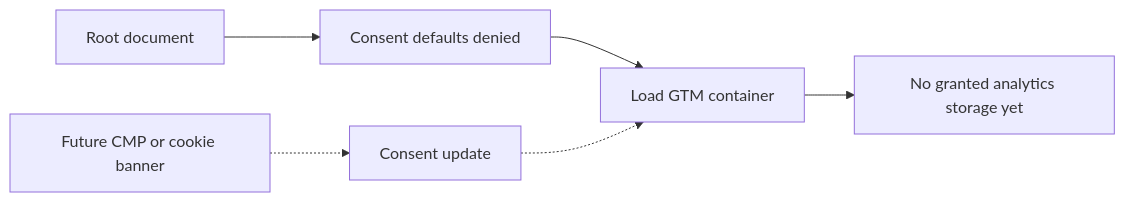
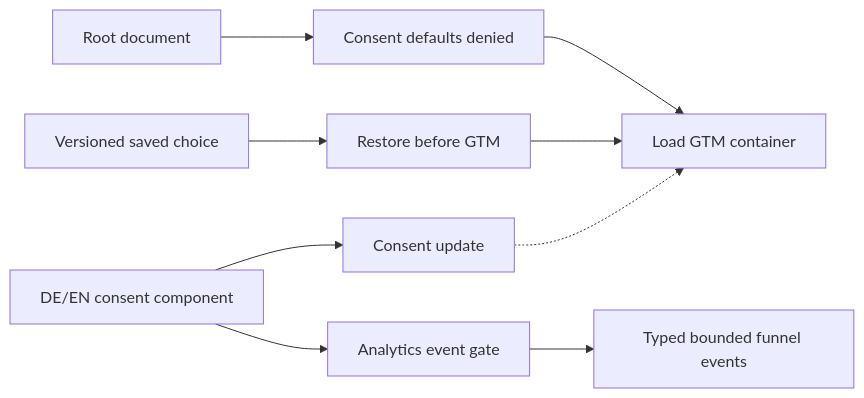
One commit to Liutasil501/bewerbradar-copilot changed the tenth of 11 diagrams in ARCHITECTURE.md. Above: the diagram before and after it, drawn with Mermaid. The commit also changed other lines of this file and 14 other files, not shown here.

Commit message:
fix: harden Phase 2 consent and funnel analytics

````diff
--- a/ARCHITECTURE.md
+++ b/ARCHITECTURE.md
@@ -503,8 +503,11 @@
 ```mermaid
 flowchart LR
     Document["Root document"] --> Denied["Consent defaults denied"]
     Denied --> GTM["Load GTM container"]
-    GTM --> Waiting["No granted analytics storage yet"]
-    Choice["Future CMP or cookie banner"] -.-> Update["Consent update"]
+    Stored["Versioned saved choice"] --> Restore["Restore before GTM"]
+    Restore --> GTM
+    Choice["DE/EN consent component"] --> Update["Consent update"]
     Update -.-> GTM
+    Choice --> Gate["Analytics event gate"]
+    Gate --> Events["Typed bounded funnel events"]
 ```
````
